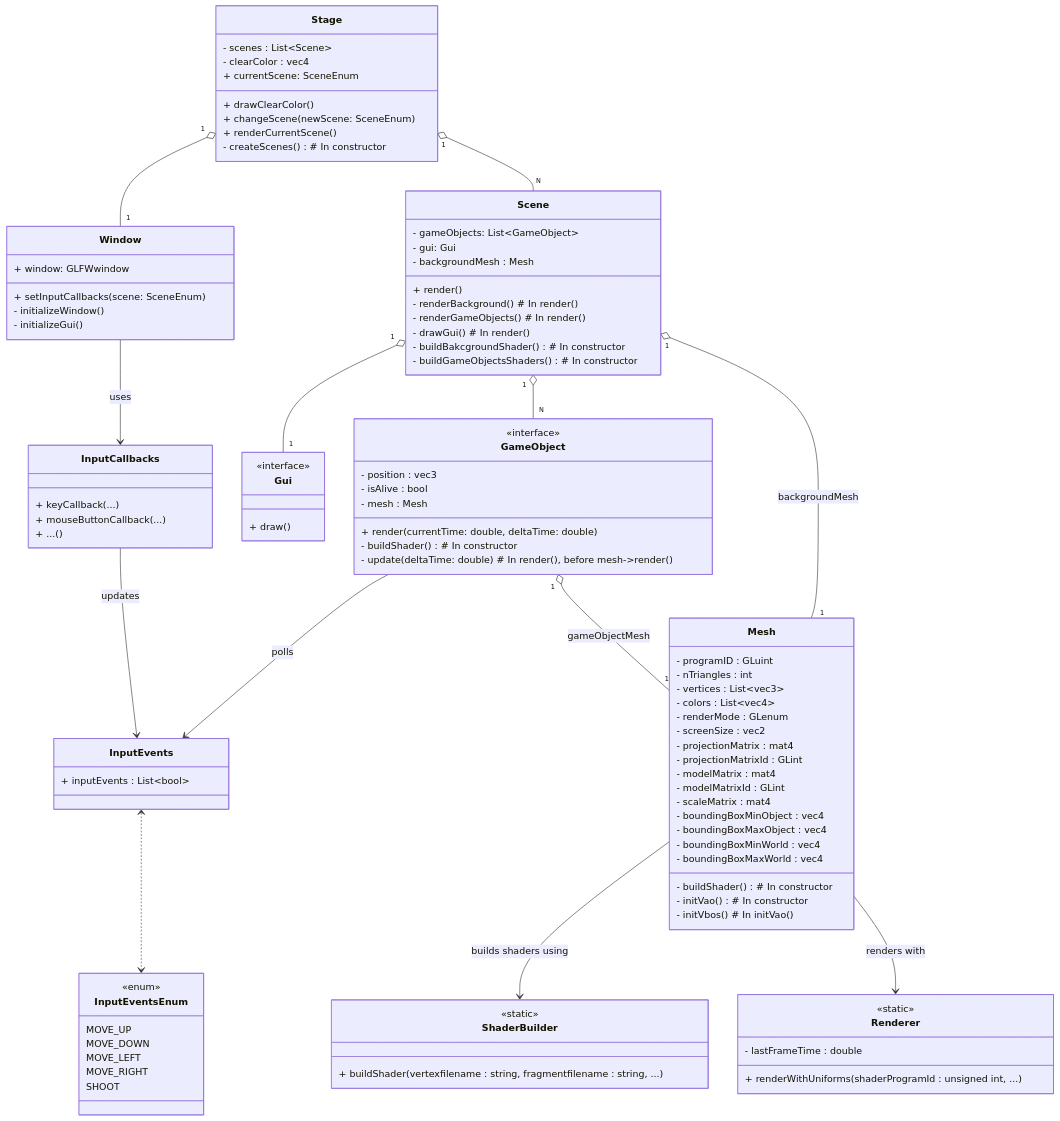
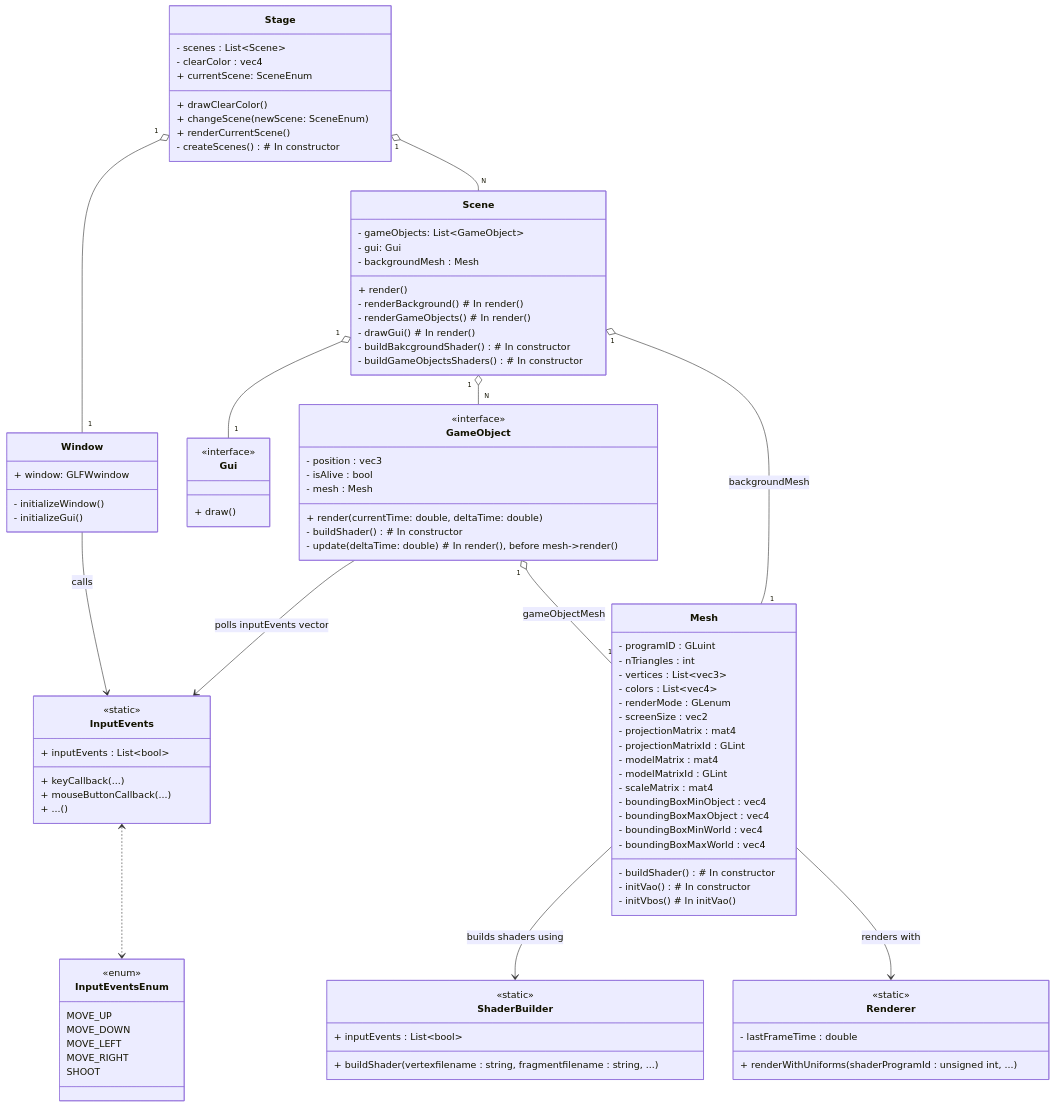
One commit to CarusoMatteo/Strikers changed the diagram in classDiagram.md. Above: the diagram before and after it, drawn with Mermaid.

Commit message:
Updated Class Diagram to reflect changes

```diff
--- a/classDiagram.md
+++ b/classDiagram.md
@@ -4,13 +4,15 @@
 
 class Window {
 	+ window: GLFWwindow
-	+ setInputCallbacks(scene: SceneEnum)
 
 	- initializeWindow()
 	- initializeGui()
 }
 
-class InputCallbacks {
+class InputEvents {
+<<static>>
+	+ inputEvents : List~bool~
+
 	+ keyCallback(...)
 	%%(window: GLFWwindow, key: int, scancode: int, action: int, mods: int)
 	+ mouseButtonCallback(...)
@@ -88,16 +90,6 @@
 	- initVbos() # In initVao()
 }
 
-class ShaderBuilder {
-	<<static>>
-	+ buildShader(vertexfilename : string, fragmentfilename : string, ...)
-	%%(vertexfilename : string, fragmentfilename : string, shouldPrintLogs : bool) GLuint
-}
-
-class InputEvents {
-	+ inputEvents : List~bool~
-}
-
 class InputEventsEnum {
 	<<enum>>
 	MOVE_UP
@@ -105,6 +97,14 @@
 	MOVE_LEFT
 	MOVE_RIGHT
 	SHOOT
+}
+
+class ShaderBuilder {
+	<<static>>
+	+ buildShader(vertexfilename : string, fragmentfilename : string, ...)
+	%%(vertexfilename : string, fragmentfilename : string, shouldPrintLogs : bool) GLuint
+
+	+ inputEvents : List~bool~
 }
 
 class Renderer {
@@ -130,9 +130,9 @@
 Scene "1" o-- "1" Mesh : backgroundMesh
 Mesh --> ShaderBuilder : builds shaders using
 
-Window --> InputCallbacks : uses
-InputCallbacks --> InputEvents : updates
-GameObject --> InputEvents : polls
+Window --> InputEvents : calls
+GameObject --> InputEvents : polls inputEvents vector
+
 Mesh --> Renderer : renders with
 
 InputEvents <..> InputEventsEnum
```
